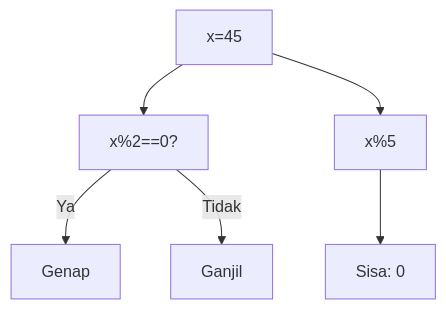
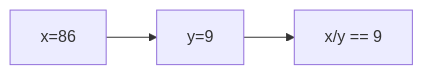
The tenth of 25 diagrams in part-c-pemahaman-cpp/01-tipe-data/latihan/set-07.md (amnahwaida/OSNK_INF_PREP), drawn with Mermaid before and after one commit. The commit also changed other lines of this file and 71 other files, not shown here.

````diff
--- a/part-c-pemahaman-cpp/01-tipe-data/latihan/set-07.md
+++ b/part-c-pemahaman-cpp/01-tipe-data/latihan/set-07.md
@@ -241,8 +265,5 @@
 ```mermaid
-graph TD
-A["x=45"] --> B["x%2==0?"]
-B -- Ya --> C["Genap"]
-B -- Tidak --> D["Ganjil"]
-A --> E["x%5"]
-E --> F["Sisa: 0"]
+graph LR
+A["x=86"] --> B["y=9"]
+B --> C["x/y == 9"]
 ```
````
